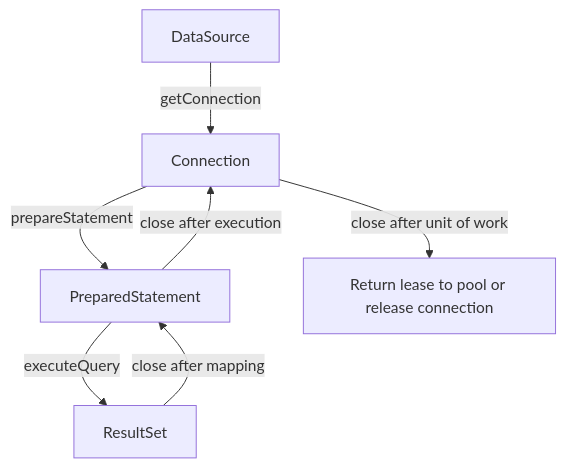
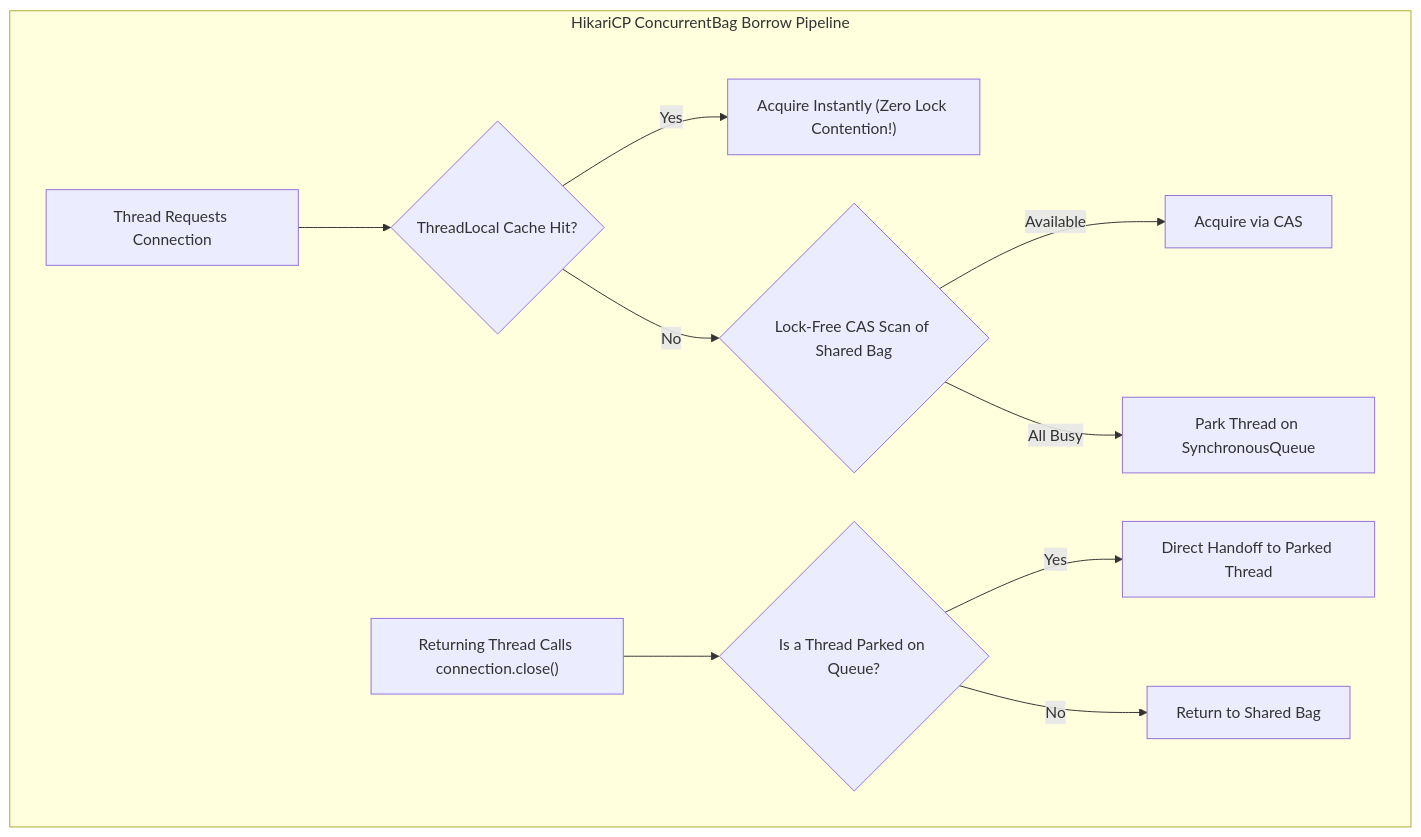
One commit to ravishankar2463/java_hub changed the third of 4 diagrams in content/roadmap/level-7/jdbc-and-connection-pooling.md. Above: the diagram before and after it, drawn with Mermaid. The commit also changed other lines of this file, not shown here.

Commit message:
docs(level-7): overhaul JDBC and connection pooling with human voice, PreparedStatement AST security, and HikariCP internals

````diff
--- a/content/roadmap/level-7/jdbc-and-connection-pooling.md
+++ b/content/roadmap/level-7/jdbc-and-connection-pooling.md
@@ -23,9 +223,16 @@
 ```mermaid
 flowchart TD
-    DataSource["DataSource"] -->|"getConnection"| Connection["Connection"]
-    Connection -->|"prepareStatement"| Statement["PreparedStatement"]
-    Statement -->|"executeQuery"| ResultSet["ResultSet"]
-    ResultSet -->|"close after mapping"| Statement
-    Statement -->|"close after execution"| Connection
-    Connection -->|"close after unit of work"| Pool["Return lease to pool or release connection"]
+    subgraph "HikariCP ConcurrentBag Borrow Pipeline"
+        Req["Thread Requests Connection"] --> L1{"ThreadLocal Cache Hit?"}
+        
+        L1 -->|"Yes"| Borrow1["Acquire Instantly (Zero Lock Contention!)"]
+        L1 -->|"No"| L2{"Lock-Free CAS Scan of Shared Bag"}
+        
+        L2 -->|"Available"| Borrow2["Acquire via CAS"]
+        L2 -->|"All Busy"| L3["Park Thread on SynchronousQueue"]
+        
+        Release["Returning Thread Calls connection.close()"] --> Handoff{"Is a Thread Parked on Queue?"}
+        Handoff -->|"Yes"| Direct["Direct Handoff to Parked Thread"]
+        Handoff -->|"No"| Return["Return to Shared Bag"]
+    end
 ```
````
